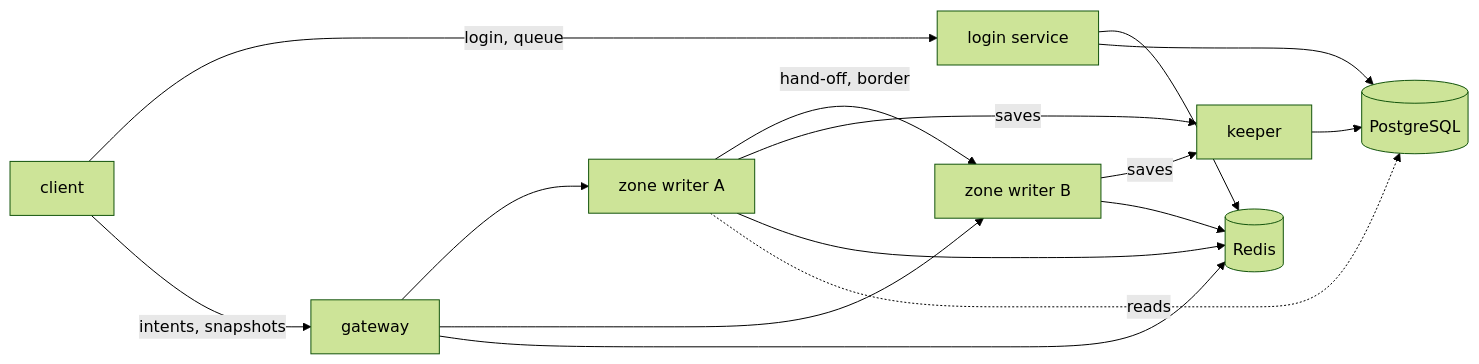
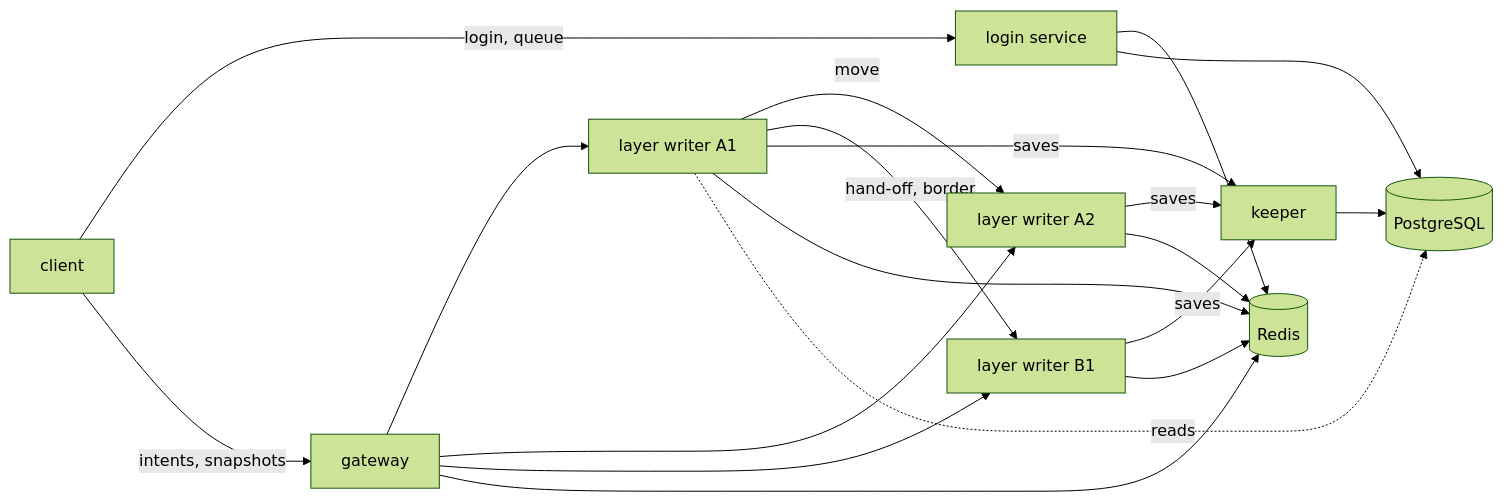
Before and after one commit to Screetch/mmo-archi: the first of 2 diagrams in docs/architecture.md, drawn with Mermaid (forest theme). The commit also changed other lines of this file and 2 other files, not shown here.

````diff
--- a/docs/architecture.md
+++ b/docs/architecture.md
@@ -26,17 +30,21 @@
 ```mermaid
 flowchart LR
   C[client] -- login, queue --> L[login service]
   C -- intents, snapshots --> G[gateway]
-  G --> Z1[zone writer A]
-  G --> Z2[zone writer B]
-  Z1 -- hand-off, border --> Z2
-  Z1 -- saves --> K[keeper]
-  Z2 -- saves --> K
+  G --> A1[layer writer A1]
+  G --> A2[layer writer A2]
+  G --> B1[layer writer B1]
+  A1 -- move --> A2
+  A1 -- hand-off, border --> B1
+  A1 -- saves --> K[keeper]
+  A2 -- saves --> K
+  B1 -- saves --> K
   L --> R[(Redis)]
   G --> R
-  Z1 --> R
-  Z2 --> R
+  A1 --> R
+  A2 --> R
+  B1 --> R
   K --> P[(PostgreSQL)]
   L --> P
-  Z1 -. reads .-> P
+  A1 -. reads .-> P
 ```
````
